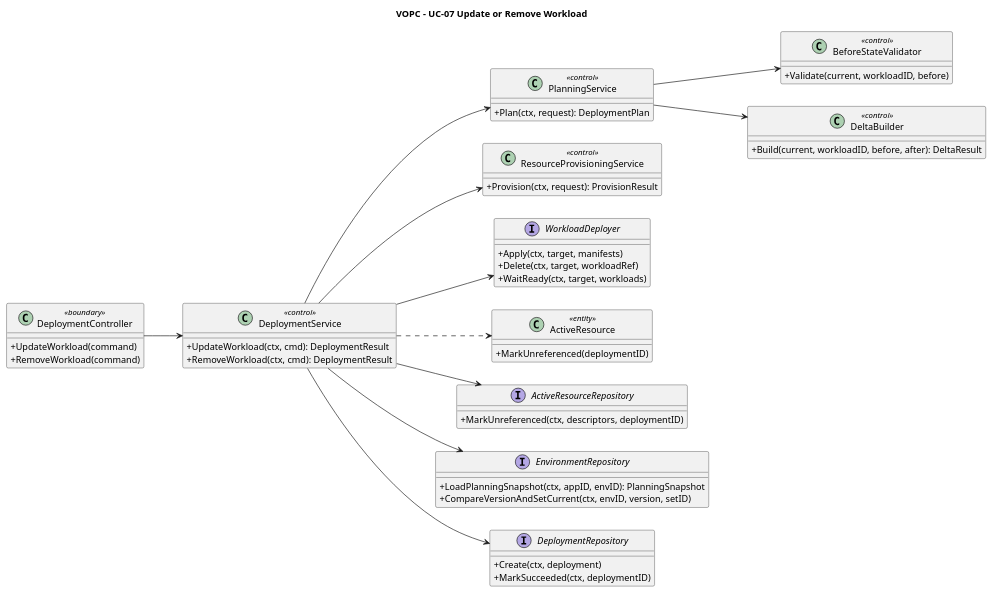
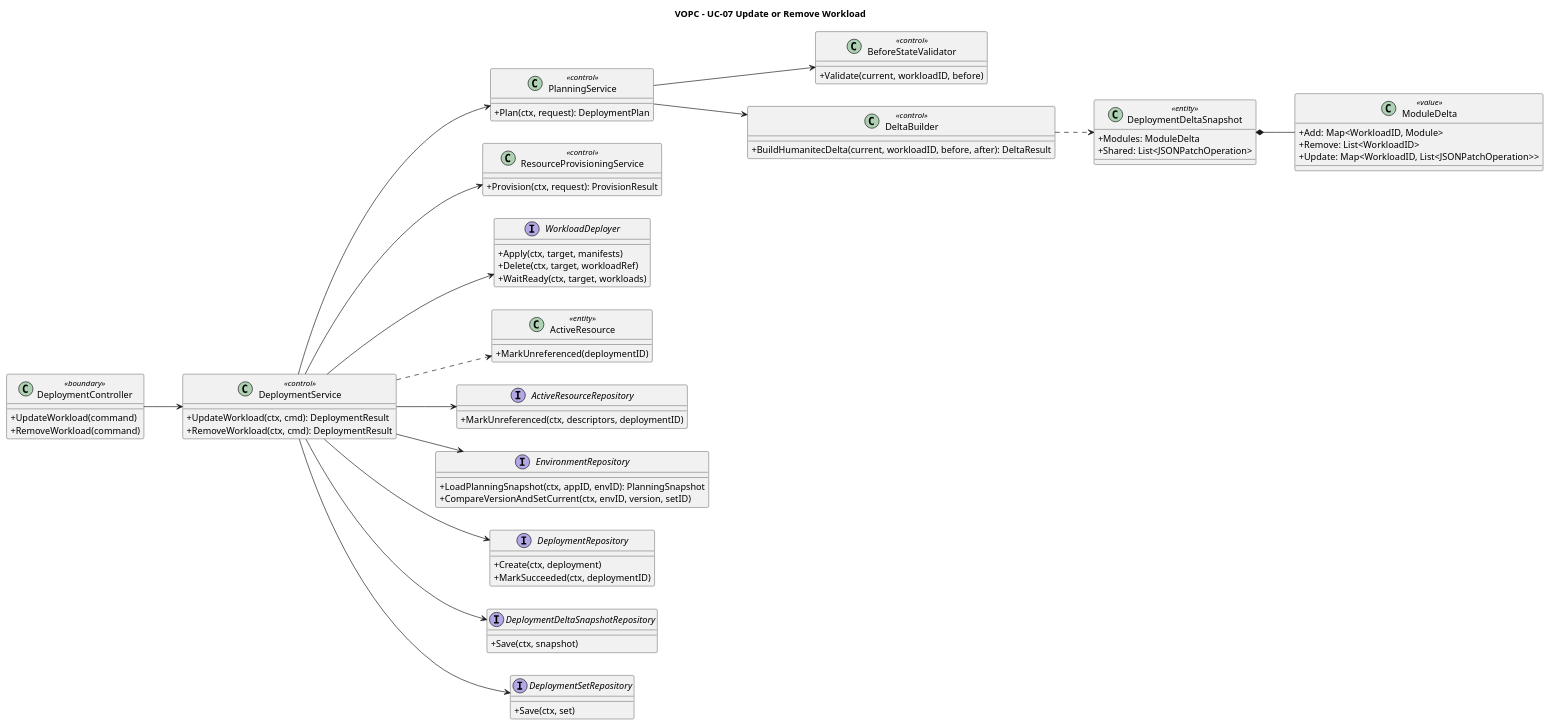
Before and after one commit to pr3s3nt/poc: the diagram in orchestrator_docs/usecase/UC-07/vopc.puml, drawn with PlantUML. The commit also changed 63 other files, not shown here.

```diff
--- a/orchestrator_docs/usecase/UC-07/vopc.puml
+++ b/orchestrator_docs/usecase/UC-07/vopc.puml
@@ -1,54 +1,73 @@
 @startuml
 title VOPC - UC-07 Update or Remove Workload
 left to right direction
 skinparam classAttributeIconSize 0
 class DeploymentController <<boundary>> {
   +UpdateWorkload(command)
   +RemoveWorkload(command)
 }
 class DeploymentService <<control>> {
   +UpdateWorkload(ctx, cmd): DeploymentResult
   +RemoveWorkload(ctx, cmd): DeploymentResult
 }
 class PlanningService <<control>> {
   +Plan(ctx, request): DeploymentPlan
 }
 class BeforeStateValidator <<control>> {
   +Validate(current, workloadID, before)
 }
 class DeltaBuilder <<control>> {
-  +Build(current, workloadID, before, after): DeltaResult
+  +BuildHumanitecDelta(current, workloadID, before, after): DeltaResult
+}
+class DeploymentDeltaSnapshot <<entity>> {
+  +Modules: ModuleDelta
+  +Shared: List<JSONPatchOperation>
+}
+class ModuleDelta <<value>> {
+  +Add: Map<WorkloadID, Module>
+  +Remove: List<WorkloadID>
+  +Update: Map<WorkloadID, List<JSONPatchOperation>>
 }
 class ResourceProvisioningService <<control>> {
   +Provision(ctx, request): ProvisionResult
 }
 interface WorkloadDeployer {
   +Apply(ctx, target, manifests)
   +Delete(ctx, target, workloadRef)
   +WaitReady(ctx, target, workloads)
 }
 class ActiveResource <<entity>> {
   +MarkUnreferenced(deploymentID)
 }
 interface ActiveResourceRepository {
   +MarkUnreferenced(ctx, descriptors, deploymentID)
 }
 interface EnvironmentRepository {
   +LoadPlanningSnapshot(ctx, appID, envID): PlanningSnapshot
   +CompareVersionAndSetCurrent(ctx, envID, version, setID)
 }
 interface DeploymentRepository {
   +Create(ctx, deployment)
   +MarkSucceeded(ctx, deploymentID)
 }
+interface DeploymentDeltaSnapshotRepository {
+  +Save(ctx, snapshot)
+}
+interface DeploymentSetRepository {
+  +Save(ctx, set)
+}
 DeploymentController --> DeploymentService
 DeploymentService --> PlanningService
 PlanningService --> BeforeStateValidator
 PlanningService --> DeltaBuilder
+DeltaBuilder ..> DeploymentDeltaSnapshot
+DeploymentDeltaSnapshot *-- ModuleDelta
 DeploymentService --> ResourceProvisioningService
 DeploymentService --> WorkloadDeployer
 DeploymentService --> ActiveResourceRepository
 DeploymentService --> EnvironmentRepository
 DeploymentService --> DeploymentRepository
+DeploymentService --> DeploymentDeltaSnapshotRepository
+DeploymentService --> DeploymentSetRepository
 DeploymentService ..> ActiveResource
 @enduml
```
